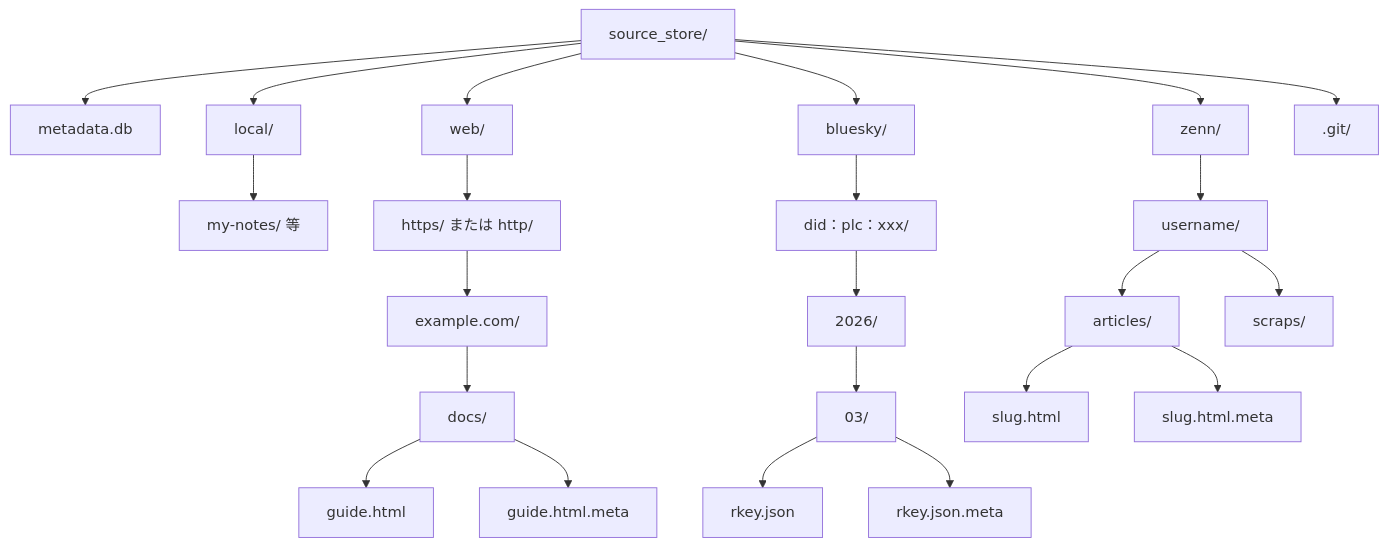
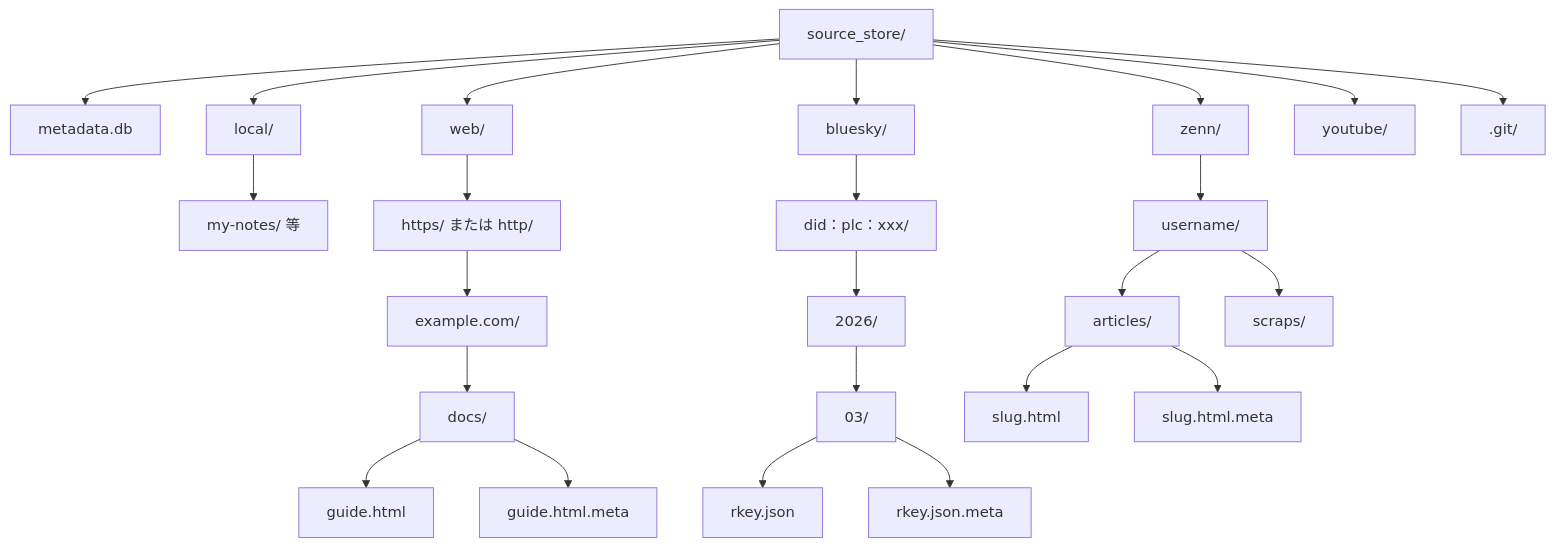
One commit to becky3/rag-knowledge changed the diagram in docs/specs/source-store.md. Above: the diagram before and after it, drawn with Mermaid. The commit also changed other lines of this file and 18 other files, not shown here.

````diff
--- a/docs/specs/source-store.md
+++ b/docs/specs/source-store.md
@@ -110,27 +110,28 @@
 ```mermaid
 flowchart TD
     SS["source_store/"]
     SS --> META_DB["metadata.db"]
     SS --> LOCAL["local/"]
     SS --> WEB["web/"]
     SS --> BS["bluesky/"]
     SS --> ZENN["zenn/"]
+    SS --> YT["youtube/"]
     SS --> DOT_GIT[".git/"]
 
     LOCAL --> L_USER["my-notes/ 等"]
     WEB --> W_PROTO["https/ または http/"]
     W_PROTO --> W_DOMAIN["example.com/"]
     W_DOMAIN --> W_PATH["docs/"]
     W_PATH --> W_FILE["guide.html"]
     W_PATH --> W_META["guide.html.meta"]
     BS --> BS_DID["did：plc：xxx/"]
     BS_DID --> BS_YEAR["2026/"]
     BS_YEAR --> BS_MONTH["03/"]
     BS_MONTH --> BS_POST["rkey.json"]
     BS_MONTH --> BS_POST_META["rkey.json.meta"]
     ZENN --> Z_USER["username/"]
     Z_USER --> Z_ART["articles/"]
     Z_USER --> Z_SCR["scraps/"]
     Z_ART --> Z_SLUG["slug.html"]
     Z_ART --> Z_SLUG_META["slug.html.meta"]
 ```
````
